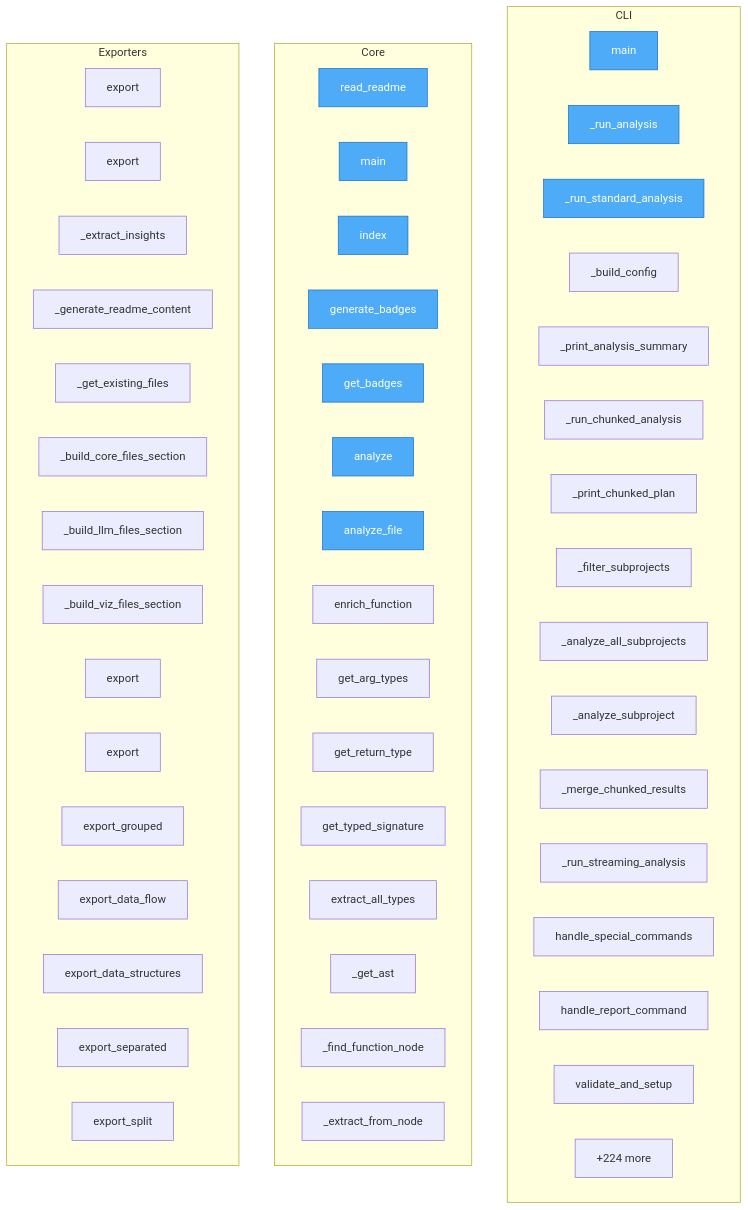
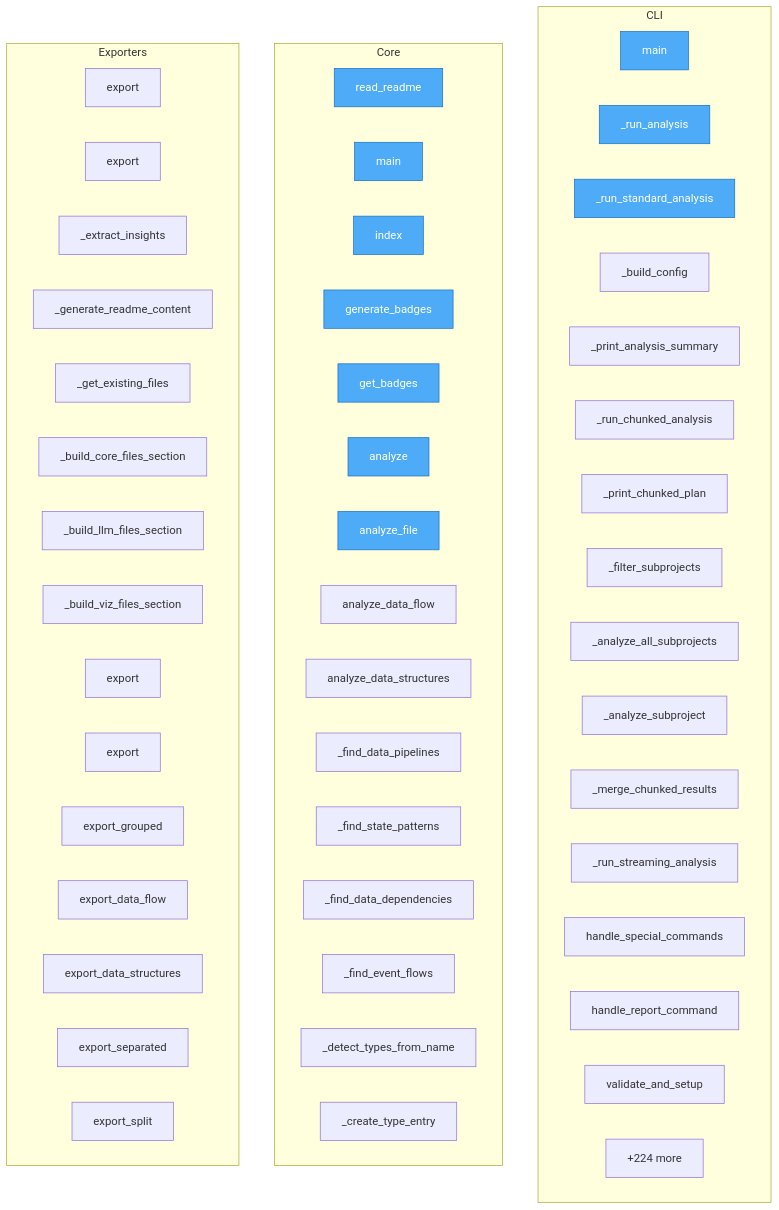
Before and after one commit to wronai/code2llm: the diagram in project/flow.mmd, drawn with Mermaid. The commit also changed 14 other files, not shown here.

First line of the commit message:
refactor(docs): code analysis engine

```diff
--- a/project/flow.mmd
+++ b/project/flow.mmd
@@ -1,63 +1,63 @@
 flowchart TD
 
     %% Entry points (blue)
     classDef entry fill:#4dabf7,stroke:#1971c2,color:#fff
 
     subgraph CLI
         code2llm__cli__main["main"]
         code2llm__cli_analysis___run_analysis["_run_analysis"]
         code2llm__cli_analysis___run_standard_analysis["_run_standard_analysis"]
         code2llm__cli_analysis___build_config["_build_config"]
         code2llm__cli_analysis___print_analysis_summary["_print_analysis_summary"]
         code2llm__cli_analysis___run_chunked_analysis["_run_chunked_analysis"]
         code2llm__cli_analysis___print_chunked_plan["_print_chunked_plan"]
         code2llm__cli_analysis___filter_subprojects["_filter_subprojects"]
         code2llm__cli_analysis___analyze_all_subprojects["_analyze_all_subprojects"]
         code2llm__cli_analysis___analyze_subproject["_analyze_subproject"]
         code2llm__cli_analysis___merge_chunked_results["_merge_chunked_results"]
         code2llm__cli_analysis___run_streaming_analysis["_run_streaming_analysis"]
         code2llm__cli_commands__handle_special_commands["handle_special_commands"]
         code2llm__cli_commands__handle_report_command["handle_report_command"]
         code2llm__cli_commands__validate_and_setup["validate_and_setup"]
         ...["+45 more"]
     end
 
     subgraph Core
         setup__read_readme["read_readme"]
         validate_toon__main["main"]
         badges__server__index["index"]
         badges__server__generate_badges["generate_badges"]
         badges__server__get_badges["get_badges"]
         code2llm__api__analyze["analyze"]
         code2llm__api__analyze_file["analyze_file"]
-        code2llm__TypeInferenceEngine__enrich_function["enrich_function"]
-        code2llm__TypeInferenceEngine__get_arg_types["get_arg_types"]
-        code2llm__TypeInferenceEngine__get_return_type["get_return_type"]
-        code2llm__TypeInferenceEngine__get_typed_signature["get_typed_signature"]
-        code2llm__TypeInferenceEngine__extract_all_types["extract_all_types"]
-        code2llm__TypeInferenceEngine___get_ast["_get_ast"]
-        code2llm__TypeInferenceEngine___find_function_node["_find_function_node"]
-        code2llm__TypeInferenceEngine___extract_from_node["_extract_from_node"]
+        code2llm__DataAnalyzer__analyze_data_flow["analyze_data_flow"]
+        code2llm__DataAnalyzer__analyze_data_structures["analyze_data_structures"]
+        code2llm__DataAnalyzer___find_data_pipelines["_find_data_pipelines"]
+        code2llm__DataAnalyzer___find_state_patterns["_find_state_patterns"]
+        code2llm__DataAnalyzer___find_data_dependencies["_find_data_dependencies"]
+        code2llm__DataAnalyzer___find_event_flows["_find_event_flows"]
+        code2llm__DataAnalyzer___detect_types_from_name["_detect_types_from_name"]
+        code2llm__DataAnalyzer___create_type_entry["_create_type_entry"]
         ...["+291 more"]
     end
 
     subgraph Exporters
         code2llm__exporters__base__Exporter__export["export"]
         code2llm__exporters__readme_exporter__READMEExporter__export["export"]
         code2llm__READMEExporter___extract_insights["_extract_insights"]
         code2llm__READMEExporter___generate_readme_content["_generate_readme_content"]
         code2llm__READMEExporter___get_existing_files["_get_existing_files"]
         code2llm__READMEExporter___build_core_files_section["_build_core_files_section"]
         code2llm__READMEExporter___build_llm_files_section["_build_llm_files_section"]
         code2llm__READMEExporter___build_viz_files_section["_build_viz_files_section"]
         code2llm__exporters__json_exporter__JSONExporter__export["export"]
         code2llm__exporters__yaml_exporter__YAMLExporter__export["export"]
         code2llm__YAMLExporter__export_grouped["export_grouped"]
         code2llm__YAMLExporter__export_data_flow["export_data_flow"]
         code2llm__YAMLExporter__export_data_structures["export_data_structures"]
         code2llm__YAMLExporter__export_separated["export_separated"]
         code2llm__YAMLExporter__export_split["export_split"]
         ...["+224 more"]
     end
 
-    class setup__read_readme,validate_toon__main,badges__server__index,badges__server__generate_badges,badges__server__get_badges,code2llm__cli__main,code2llm__api__analyze,code2llm__api__analyze_file,code2llm__cli_analysis___run_analysis,code2llm__cli_analysis___run_standard_analysis entry
+    class setup__read_readme,validate_toon__main,code2llm__cli__main,badges__server__index,badges__server__generate_badges,badges__server__get_badges,code2llm__api__analyze,code2llm__api__analyze_file,code2llm__cli_analysis___run_analysis,code2llm__cli_analysis___run_standard_analysis entry
```
